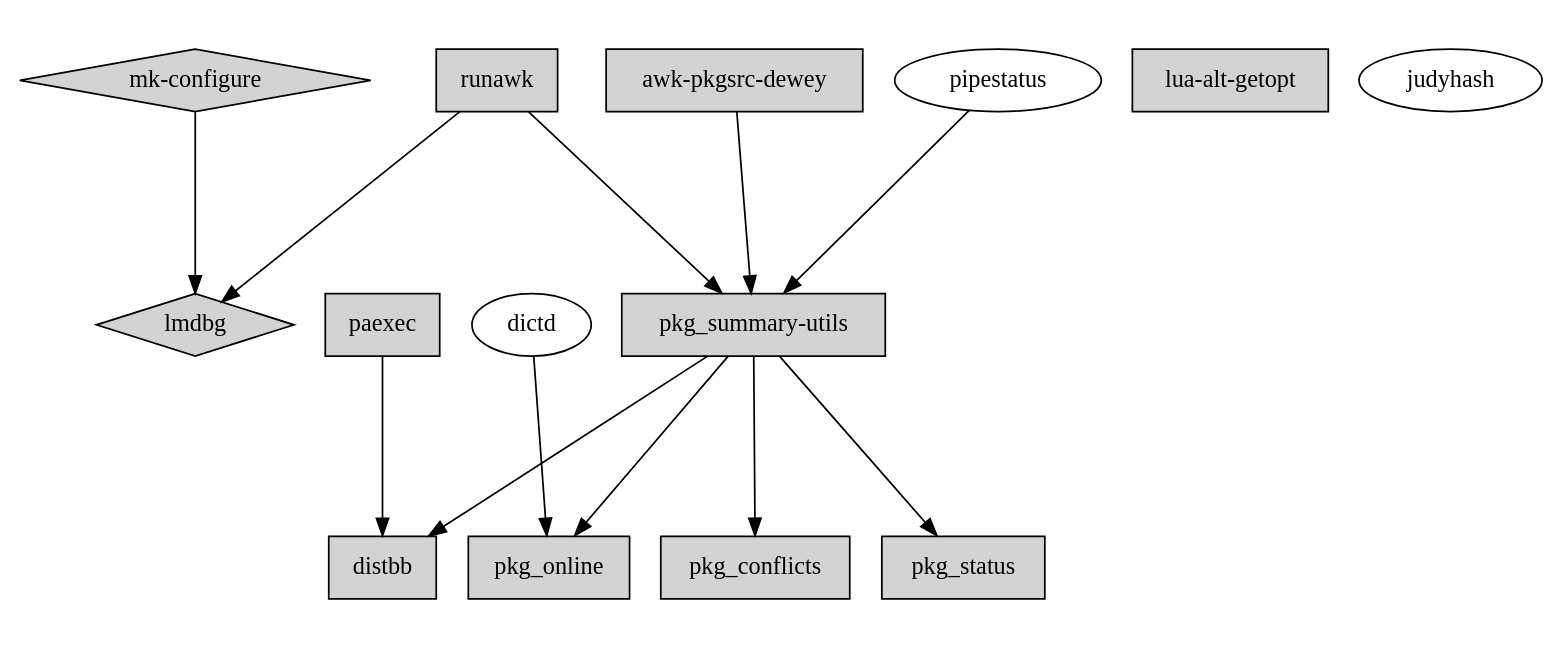
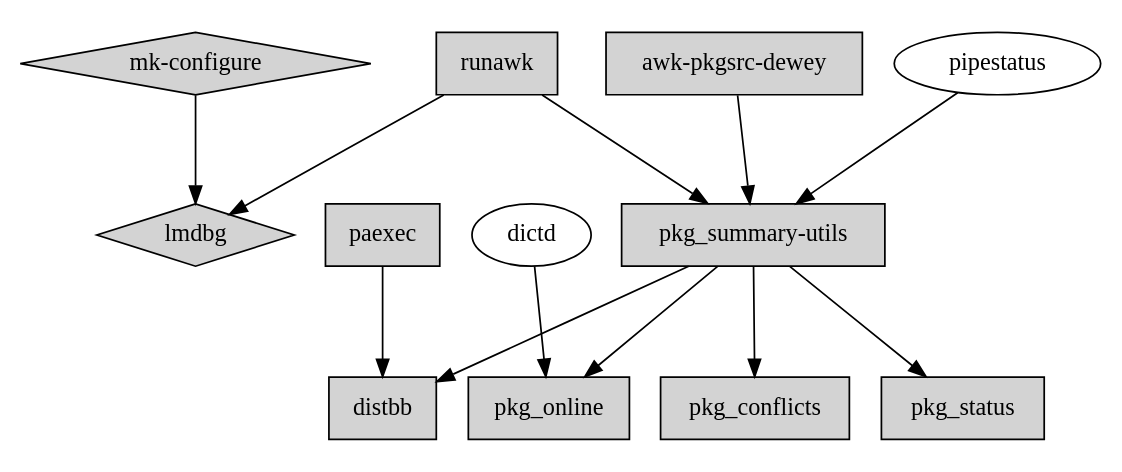
Before and after one commit to cheusov/mk-configure: the diagram in doc/my_prjs.dot, drawn with Graphviz. The commit also changed 3 other files, not shown here.

```diff
--- a/doc/my_prjs.dot
+++ b/doc/my_prjs.dot
@@ -1,28 +1,24 @@
 digraph FSA {
  graph [ ratio=compress layout=dot rankdir=UB ratio=0.4 ];
 
  node [ shape = diamond style=filled fonsize=18 ];
 
    "mk-configure" -> "lmdbg";
 
  node [ shape = box ];
 
-   "lua-alt-getopt";
    "runawk" -> "pkg_summary-utils";
    "runawk" -> "lmdbg";
    "awk-pkgsrc-dewey" -> "pkg_summary-utils";
    "pkg_summary-utils" -> "distbb";
    "paexec"            -> "distbb";
    "pkg_summary-utils" -> "pkg_online";
    "pkg_summary-utils" -> "pkg_conflicts";
    "pkg_summary-utils" -> "pkg_status";
 
  node [ shape = oval style=solid ];
 
    "dictd" -> "pkg_online";
    "pipestatus" -> "pkg_summary-utils";
 
- node [ skew=-0.5 ];
-
-   "judyhash";
 }
```
